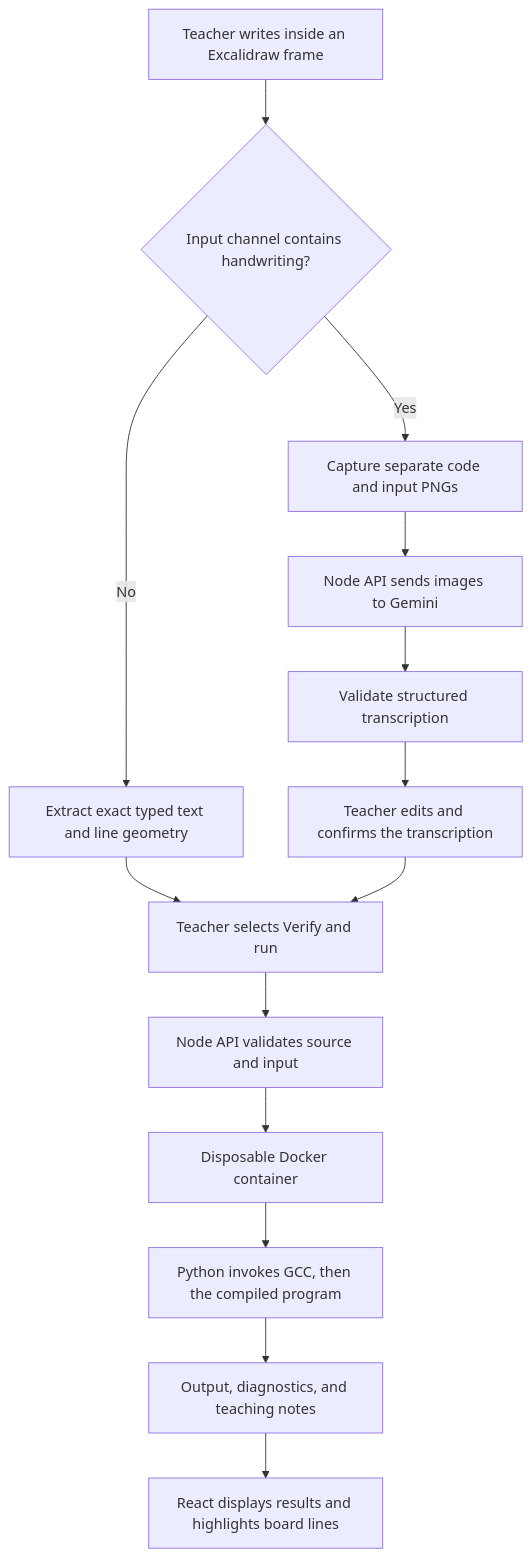
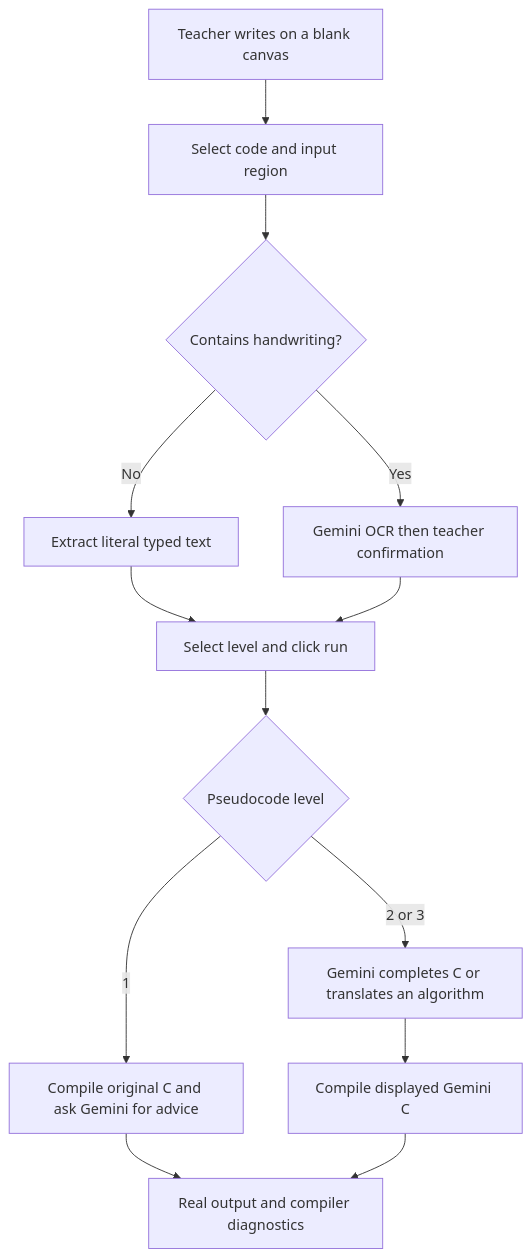
The diagram in whiteboard-code-verifier/docs/technical-overview.md (ksu-gitreaper807/Craft-N-Code-Karnataka), drawn with Mermaid before and after one commit. The commit also changed other lines of this file and 29 other files, not shown here.

Commit message:
Add blank canvas selection and Gemini pseudocode levels

````diff
--- a/whiteboard-code-verifier/docs/technical-overview.md
+++ b/whiteboard-code-verifier/docs/technical-overview.md
@@ -35,16 +35,15 @@
 ```mermaid
 flowchart TD
-    A[Teacher writes inside an Excalidraw frame] --> B{Input channel contains handwriting?}
-    B -->|No| C[Extract exact typed text and line geometry]
-    B -->|Yes| D[Capture separate code and input PNGs]
-    D --> E[Node API sends images to Gemini]
-    E --> F[Validate structured transcription]
-    F --> G[Teacher edits and confirms the transcription]
-    C --> H[Teacher selects Verify and run]
-    G --> H
-    H --> I[Node API validates source and input]
-    I --> J[Disposable Docker container]
-    J --> K[Python invokes GCC, then the compiled program]
-    K --> L[Output, diagnostics, and teaching notes]
-    L --> M[React displays results and highlights board lines]
+    A[Teacher writes on a blank canvas] --> B[Select code and input region]
+    B --> C{Contains handwriting?}
+    C -->|No| D[Extract literal typed text]
+    C -->|Yes| E[Gemini OCR then teacher confirmation]
+    D --> F[Select level and click run]
+    E --> F
+    F --> G{Pseudocode level}
+    G -->|1| H[Compile original C and ask Gemini for advice]
+    G -->|2 or 3| I[Gemini completes C or translates an algorithm]
+    I --> J[Compile displayed Gemini C]
+    H --> K[Real output and compiler diagnostics]
+    J --> K
 ```
````
